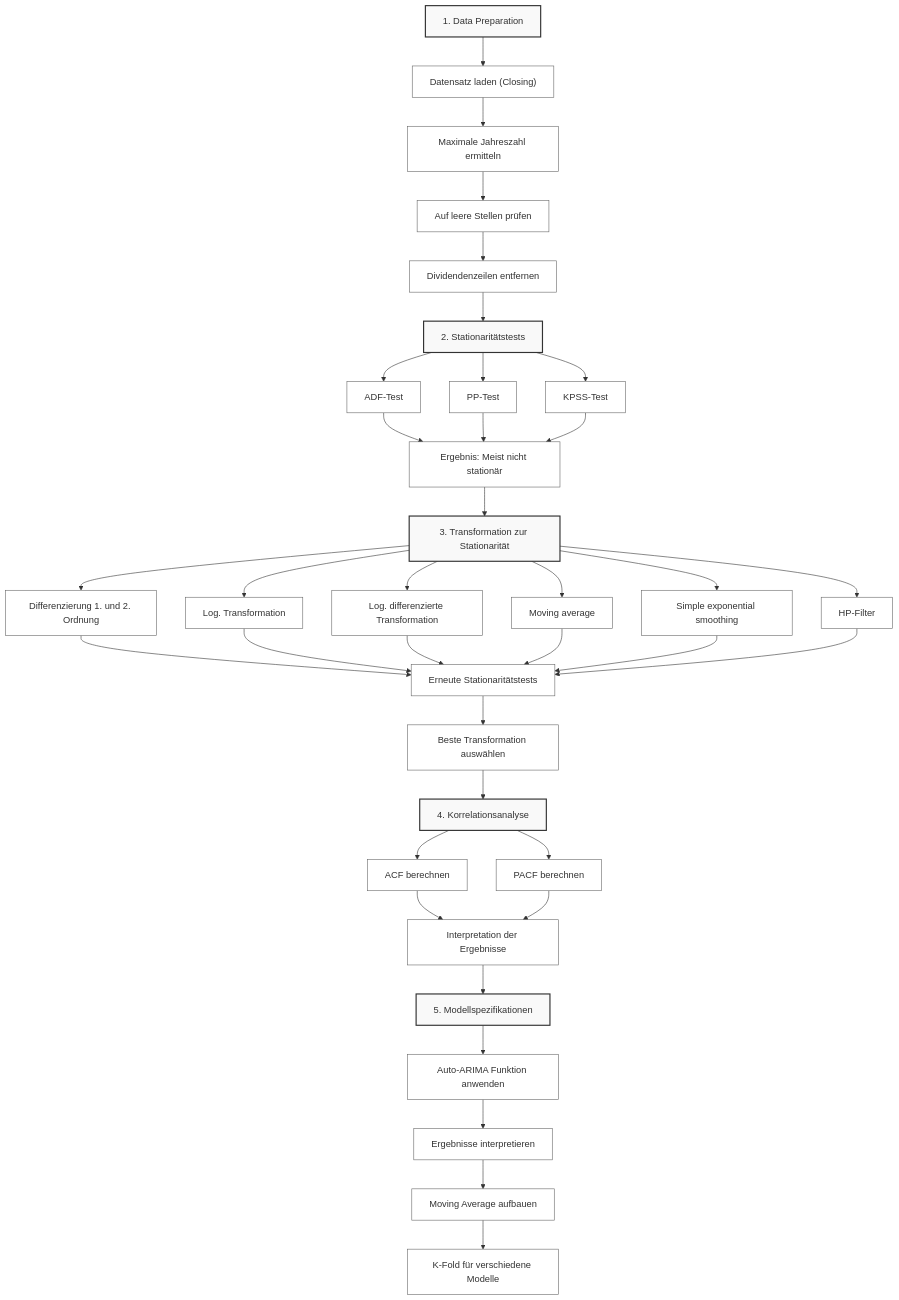
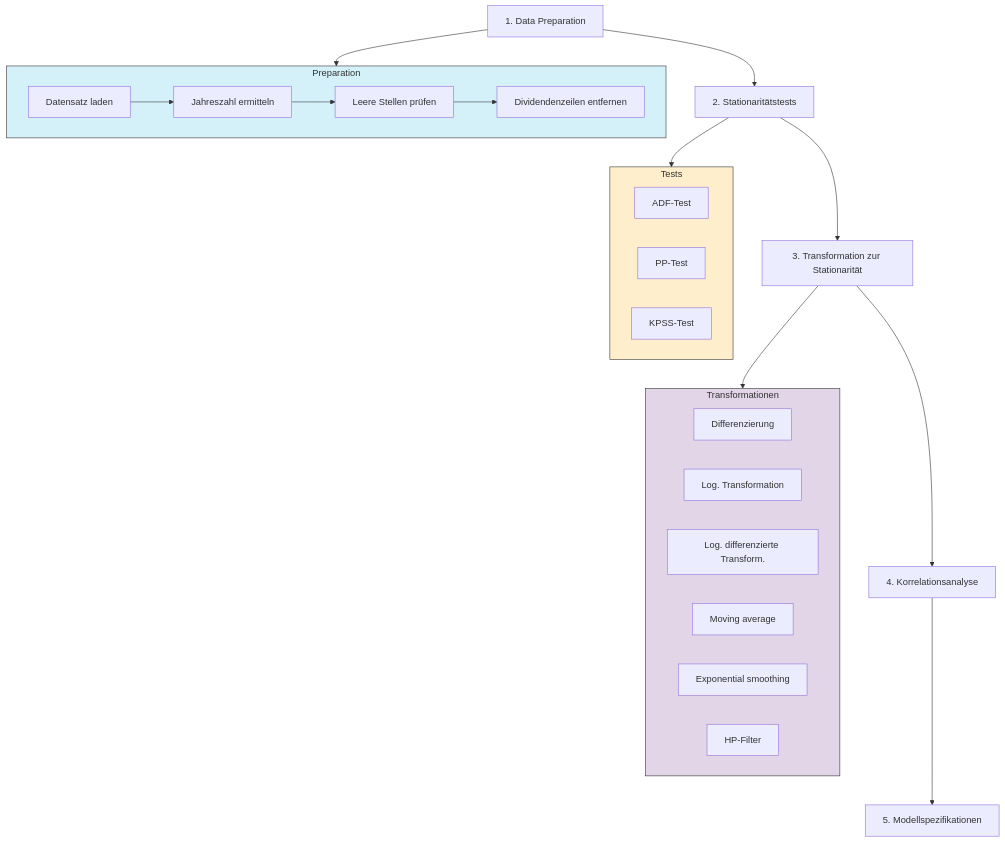
The diagram in README.md (kaihuf/THWS_Reihenanalysen), drawn with Mermaid before and after one commit.

Commit message:
fix(README): Darstellung nochmal vereinfacht angepasst

````diff
--- a/README.md
+++ b/README.md
@@ -40,42 +40,36 @@
 ```mermaid
 flowchart TD
-    classDef phase fill:#f9f9f9,stroke:#333,stroke-width:2px
-    classDef step fill:white,stroke:#666,stroke-width:1px
+    A["1. Data Preparation"] --> B["2. Stationaritätstests"]
+    B --> C["3. Transformation zur Stationarität"]
+    C --> D["4. Korrelationsanalyse"]
+    D --> E["5. Modellspezifikationen"]
     
-    P1["1. Data Preparation"] --> P1S1["Datensatz laden (Closing)"]
-    P1S1 --> P1S2["Maximale Jahreszahl ermitteln"]
-    P1S2 --> P1S3["Auf leere Stellen prüfen"]
-    P1S3 --> P1S4["Dividendenzeilen entfernen"]
+    subgraph prep ["Preparation"]
+    A1["Datensatz laden"] --> A2["Jahreszahl ermitteln"]
+    A2 --> A3["Leere Stellen prüfen"]
+    A3 --> A4["Dividendenzeilen entfernen"]
+    end
     
-    P1S4 --> P2["2. Stationaritätstests"]
-    P2 --> P2S1["ADF-Test"]
-    P2 --> P2S2["PP-Test"]
-    P2 --> P2S3["KPSS-Test"]
-    P2S1 & P2S2 & P2S3 --> P2S4["Ergebnis: Meist nicht stationär"]
+    subgraph tests ["Tests"]
+    B1["ADF-Test"] 
+    B2["PP-Test"]
+    B3["KPSS-Test"]
+    end
     
-    P2S4 --> P3["3. Transformation zur Stationarität"]
+    subgraph trans ["Transformationen"]
+    C1["Differenzierung"]
+    C2["Log. Transformation"]
+    C3["Log. differenzierte Transform."]
+    C4["Moving average"]
+    C5["Exponential smoothing"]
+    C6["HP-Filter"]
+    end
     
-    P3 --> P3S1["Differenzierung 1. und 2. Ordnung"]
-    P3 --> P3S2["Log. Transformation"]
-    P3 --> P3S3["Log. differenzierte Transformation"]
-    P3 --> P3S4["Moving average"]
-    P3 --> P3S5["Simple exponential smoothing"]
-    P3 --> P3S6["HP-Filter"]
+    A --> prep
+    B --> tests
+    C --> trans
     
-    P3S1 & P3S2 & P3S3 & P3S4 & P3S5 & P3S6 --> P3S7["Erneute Stationaritätstests"]
-    P3S7 --> P3S8["Beste Transformation auswählen"]
-    
-    P3S8 --> P4["4. Korrelationsanalyse"]
-    P4 --> P4S1["ACF berechnen"]
-    P4 --> P4S2["PACF berechnen"]
-    P4S1 & P4S2 --> P4S3["Interpretation der Ergebnisse"]
-    
-    P4S3 --> P5["5. Modellspezifikationen"]
-    P5 --> P5S1["Auto-ARIMA Funktion anwenden"]
-    P5S1 --> P5S2["Ergebnisse interpretieren"]
-    P5S2 --> P5S3["Moving Average aufbauen"]
-    P5S3 --> P5S4["K-Fold für verschiedene Modelle"]
-    
-    class P1,P2,P3,P4,P5 phase
-    class P1S1,P1S2,P1S3,P1S4,P2S1,P2S2,P2S3,P2S4,P3S1,P3S2,P3S3,P3S4,P3S5,P3S6,P3S7,P3S8,P4S1,P4S2,P4S3,P5S1,P5S2,P5S3,P5S4 step
+    style prep fill:#d4f1f9,stroke:#333
+    style tests fill:#ffeecc,stroke:#333
+    style trans fill:#e1d5e7,stroke:#333
 ```
````
